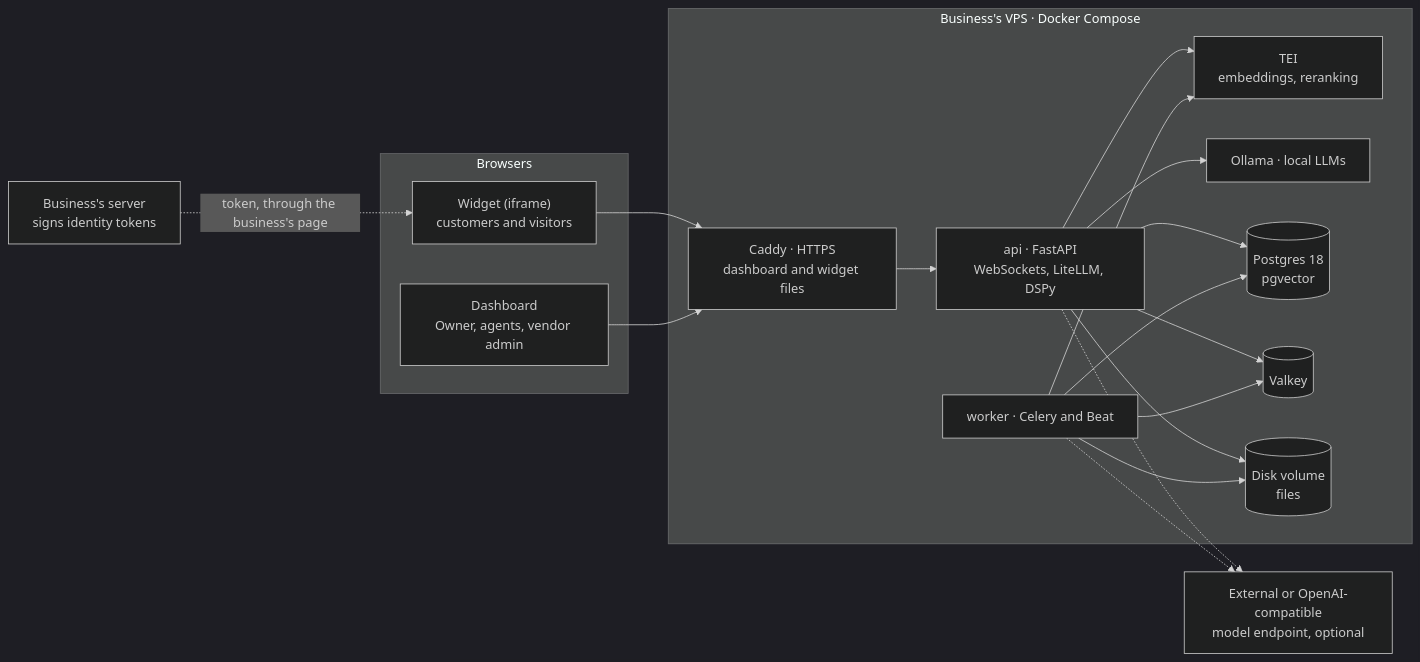
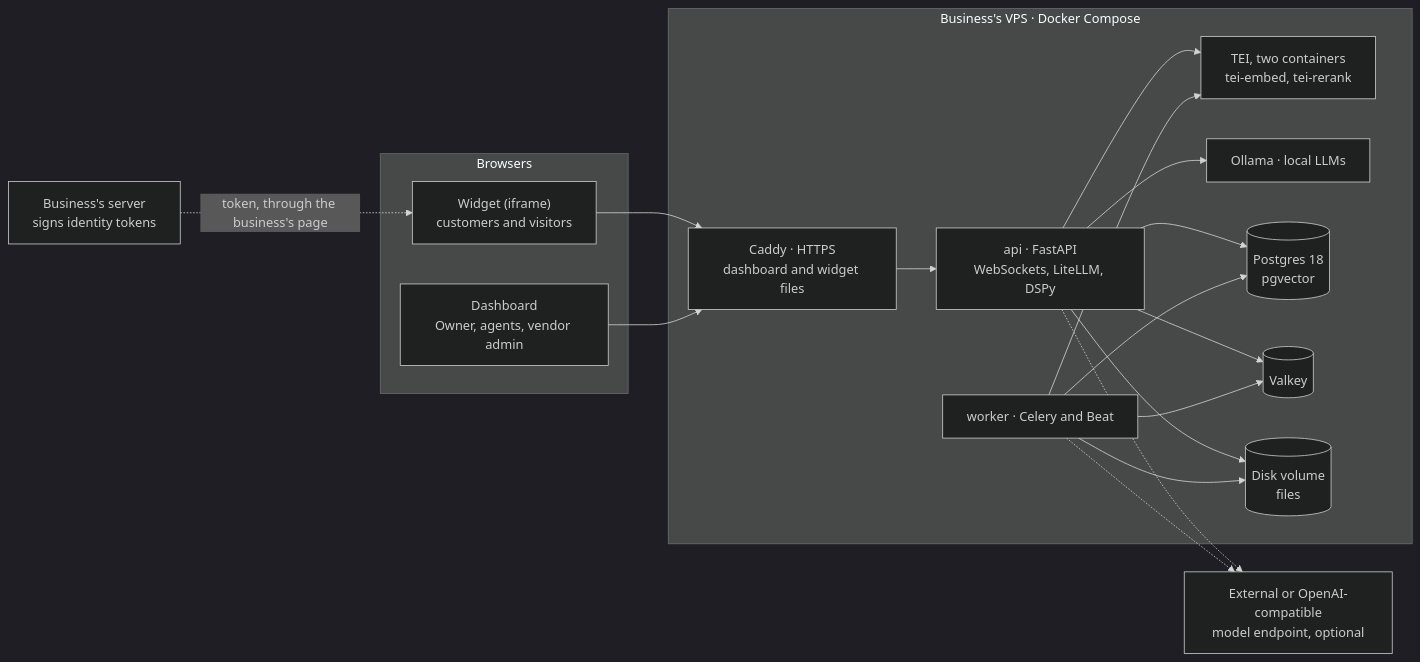
Before and after one commit to fares-ds/support-chatbot: the third of 4 diagrams in docs/prd.md, drawn with Mermaid (dark theme). The commit also changed other lines of this file and 5 other files, not shown here.

First line of the commit message:
docs: two TEI containers (ADR-0028) and a stdlib Python server CLI (ADR-0029)

````diff
--- a/docs/prd.md
+++ b/docs/prd.md
@@ -617,34 +617,34 @@
 ```mermaid
 flowchart LR
     subgraph browsers["Browsers"]
         widget["Widget (iframe)<br/>customers and visitors"]
         dash["Dashboard<br/>Owner, agents, vendor admin"]
     end
     biz["Business's server<br/>signs identity tokens"]
     subgraph vps["Business's VPS · Docker Compose"]
         caddy["Caddy · HTTPS<br/>dashboard and widget files"]
         api["api · FastAPI<br/>WebSockets, LiteLLM, DSPy"]
         worker["worker · Celery and Beat"]
-        tei["TEI<br/>embeddings, reranking"]
+        tei["TEI, two containers<br/>tei-embed, tei-rerank"]
         ollama["Ollama · local LLMs"]
         pg[("Postgres 18<br/>pgvector")]
         valkey[("Valkey")]
         disk[("Disk volume<br/>files")]
     end
     ext["External or OpenAI-compatible<br/>model endpoint, optional"]
     biz -. "token, through the business's page" .-> widget
     widget --> caddy
     dash --> caddy
     caddy --> api
     api --> pg
     api --> valkey
     api --> tei
     api --> ollama
     api --> disk
     api -.-> ext
     worker --> pg
     worker --> valkey
     worker --> tei
     worker --> disk
     worker -.-> ext
 ```
````
